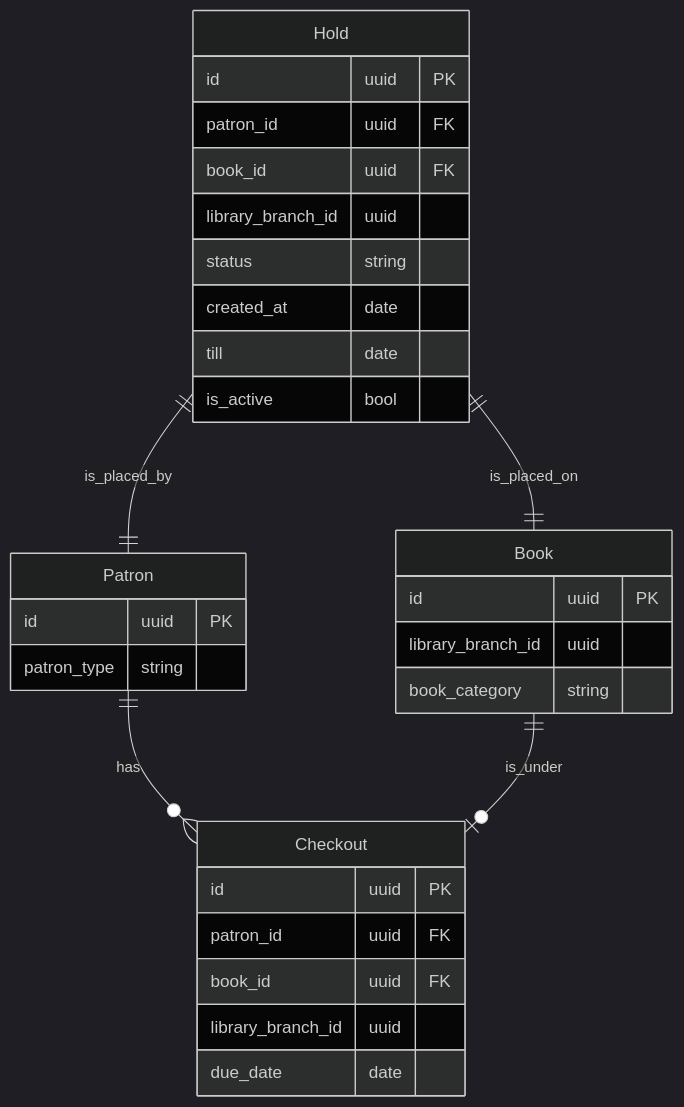
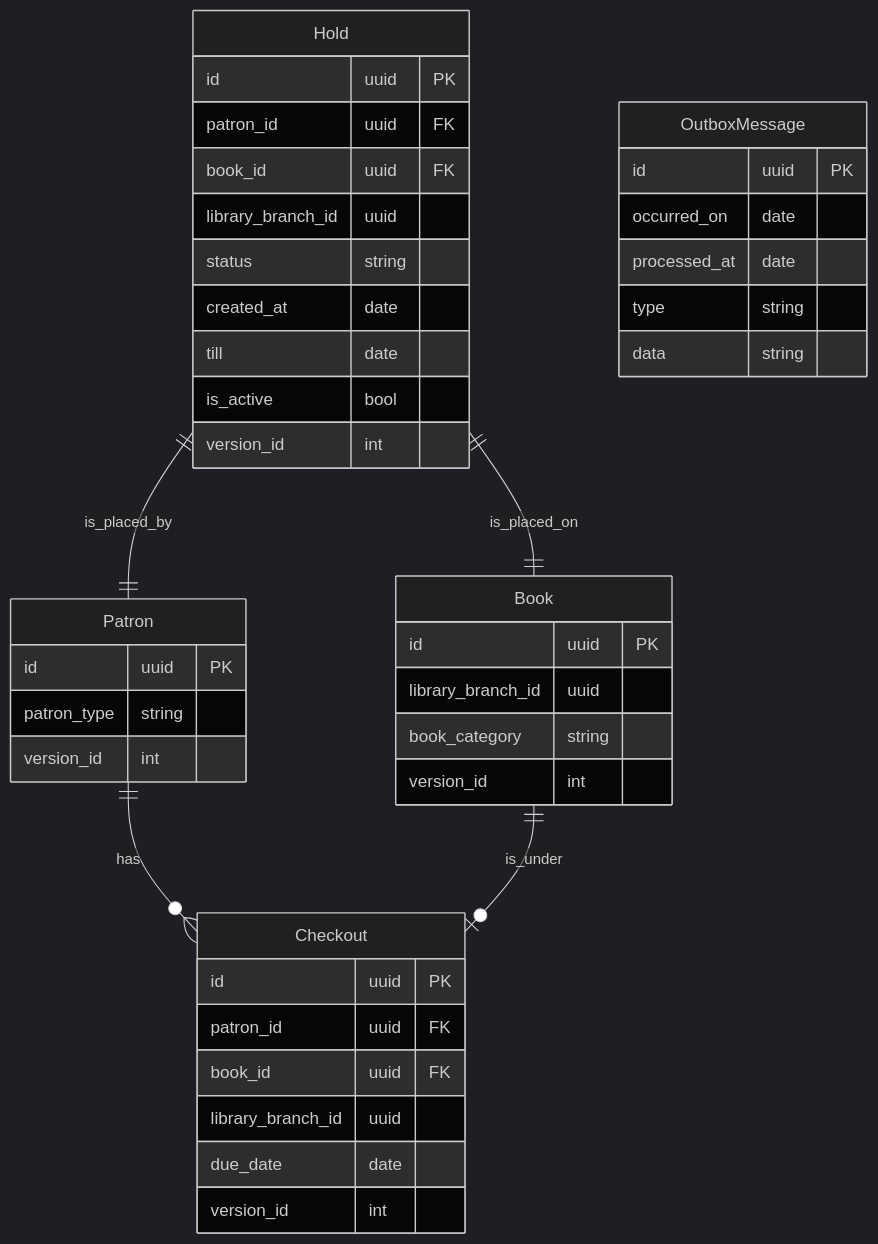
One commit to lukaszdobrzynski/Library changed the diagram in Database/Library.Database.Migrator/Schemas/reservations.mermaid. Above: the diagram before and after it, drawn with Mermaid (dark theme). The commit also changed 2 other files, not shown here.

Commit message:
update database schema - add outbox message entity

```diff
--- a/Database/Library.Database.Migrator/Schemas/reservations.mermaid
+++ b/Database/Library.Database.Migrator/Schemas/reservations.mermaid
@@ -1,36 +1,48 @@
 erDiagram
         
     Patron {
         id uuid PK
         patron_type string
+        version_id int
     }
     
     Book {
         id uuid PK
         library_branch_id uuid
         book_category string
+        version_id int
     }
     
     Hold {
         id uuid PK
         patron_id uuid FK
         book_id uuid FK
         library_branch_id uuid
         status string
         created_at date
         till date
         is_active bool
+        version_id int
     }
     
     Checkout {
         id uuid PK
         patron_id uuid FK
         book_id uuid FK
         library_branch_id uuid
         due_date date
+        version_id int
+    }
+    
+    OutboxMessage {
+        id uuid PK
+        occurred_on date
+        processed_at date
+        type string
+        data string
     }
     
     Hold || -- || Patron: is_placed_by
     Hold || -- || Book: is_placed_on
     Patron || -- o{ Checkout: has
     Book || -- o| Checkout: is_under   
```
